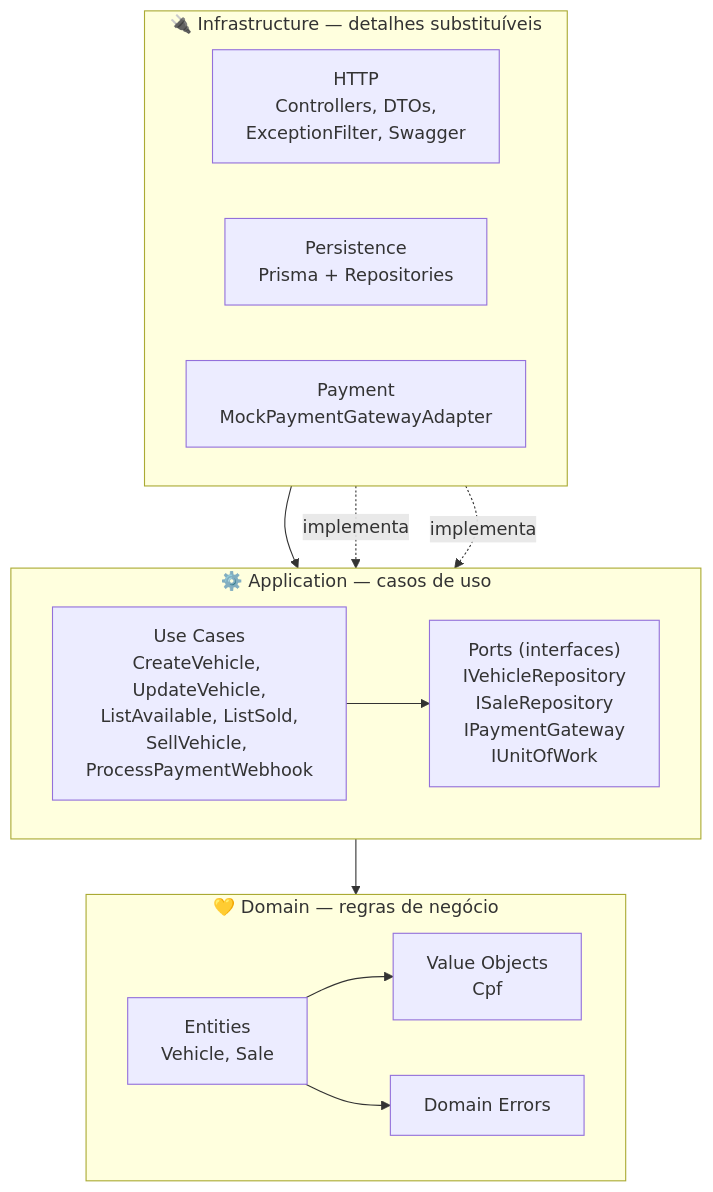
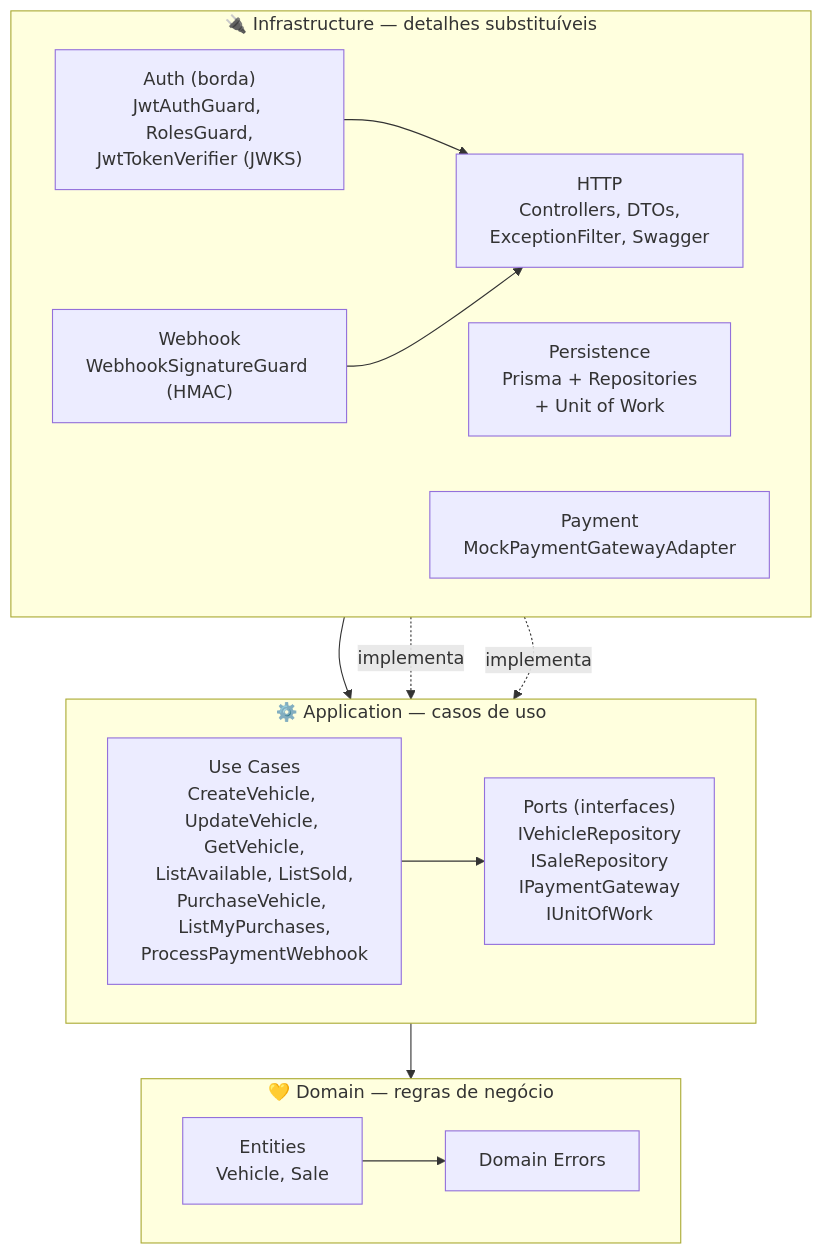
The second of 3 diagrams in README.md (lucasreinaldo-bash/soat-vehicle-sales), drawn with Mermaid before and after one commit. The commit also changed other lines of this file and 2 other files, not shown here.

````diff
--- a/README.md
+++ b/README.md
@@ -124,30 +196,32 @@
 ```mermaid
 flowchart TB
     subgraph INFRA["🔌 Infrastructure — detalhes substituíveis"]
         direction LR
         HTTP["HTTP<br/>Controllers, DTOs,<br/>ExceptionFilter, Swagger"]
-        DB["Persistence<br/>Prisma + Repositories"]
+        AUTH["Auth (borda)<br/>JwtAuthGuard, RolesGuard,<br/>JwtTokenVerifier (JWKS)"]
+        HOOK["Webhook<br/>WebhookSignatureGuard (HMAC)"]
+        DB["Persistence<br/>Prisma + Repositories<br/>+ Unit of Work"]
         PAY["Payment<br/>MockPaymentGatewayAdapter"]
     end
 
     subgraph APP["⚙️ Application — casos de uso"]
         direction LR
-        UC["Use Cases<br/>CreateVehicle, UpdateVehicle,<br/>ListAvailable, ListSold,<br/>SellVehicle, ProcessPaymentWebhook"]
+        UC["Use Cases<br/>CreateVehicle, UpdateVehicle, GetVehicle,<br/>ListAvailable, ListSold,<br/>PurchaseVehicle, ListMyPurchases,<br/>ProcessPaymentWebhook"]
         PORTS["Ports (interfaces)<br/>IVehicleRepository<br/>ISaleRepository<br/>IPaymentGateway<br/>IUnitOfWork"]
     end
 
     subgraph DOMAIN["💛 Domain — regras de negócio"]
         direction LR
         ENT["Entities<br/>Vehicle, Sale"]
-        VO["Value Objects<br/>Cpf"]
         ERR["Domain Errors"]
     end
 
+    AUTH --> HTTP
+    HOOK --> HTTP
     HTTP --> UC
     DB -.implementa.-> PORTS
     PAY -.implementa.-> PORTS
     UC --> PORTS
     UC --> ENT
-    ENT --> VO
     ENT --> ERR
 ```
````
